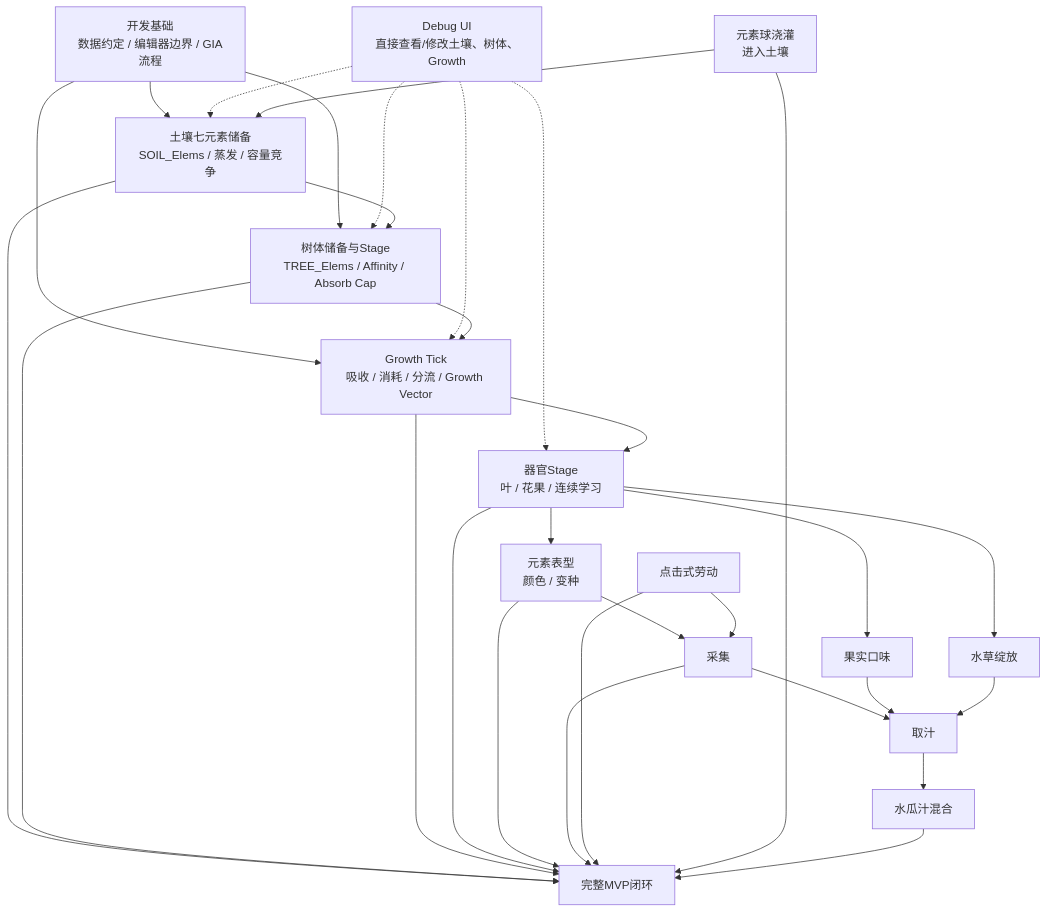
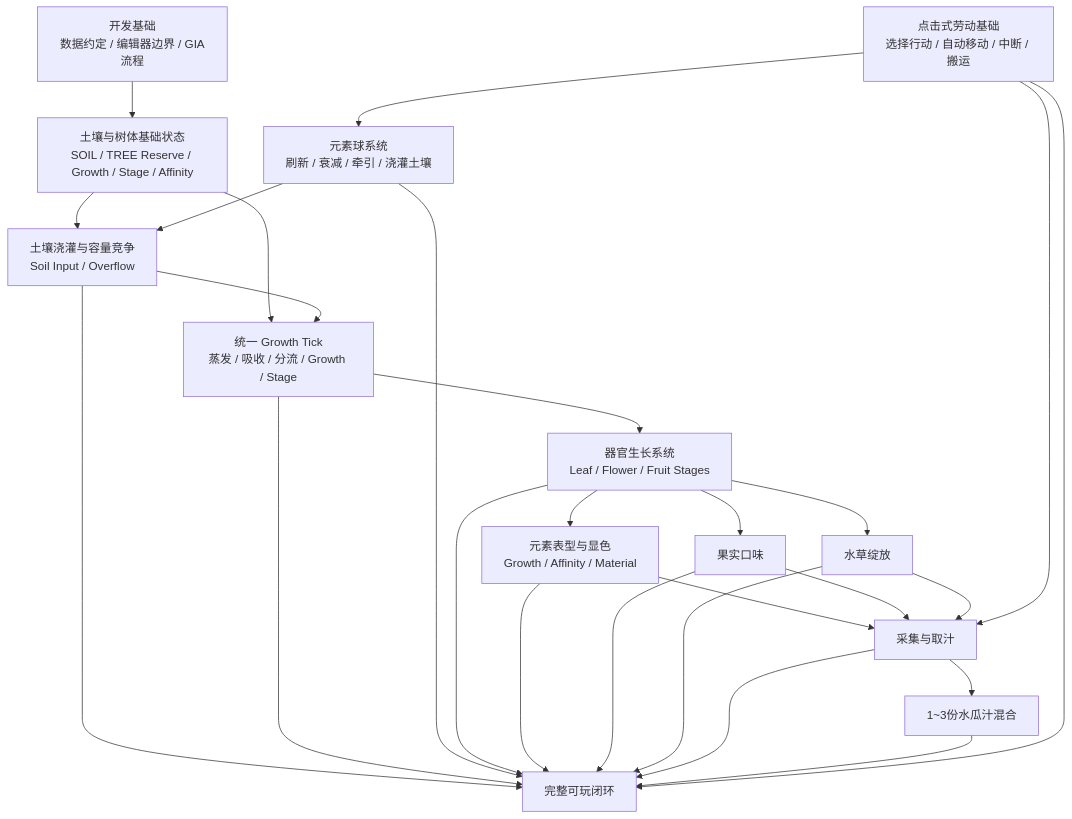
Before and after one commit to Ri0n72Y/idea-slime-bar: the first of 4 diagrams in mvp/watermelon-kitchen/implementation-roadmap.md, drawn with Mermaid. The commit also changed other lines of this file, not shown here.

Commit message:
docs: reframe roadmap around growth tick model

````diff
--- a/mvp/watermelon-kitchen/implementation-roadmap.md
+++ b/mvp/watermelon-kitchen/implementation-roadmap.md
@@ -16,55 +16,51 @@
 ```mermaid
 flowchart TD
     A[开发基础<br/>数据约定 / 编辑器边界 / GIA流程]
-    DBG[Debug UI<br/>直接查看/修改土壤、树体、Growth]
 
-    S[土壤七元素储备<br/>SOIL_Elems / 蒸发 / 容量竞争]
-    T[树体储备与Stage<br/>TREE_Elems / Affinity / Absorb Cap]
-    GT[Growth Tick<br/>吸收 / 消耗 / 分流 / Growth Vector]
-    O[器官Stage<br/>叶 / 花果 / 连续学习]
-    V[元素表型<br/>颜色 / 变种]
-    H[采集]
-    I[点击式劳动]
-    EB[元素球浇灌<br/>进入土壤]
+    B[土壤与树体基础状态<br/>SOIL / TREE Reserve / Growth / Stage / Affinity]
+    C[土壤浇灌与容量竞争<br/>Soil Input / Overflow]
+    D[统一 Growth Tick<br/>蒸发 / 吸收 / 分流 / Growth / Stage]
 
-    F7[果实口味]
-    F8[水草绽放]
-    F9[取汁]
-    F10[水瓜汁混合]
-    M[完整MVP闭环]
+    E[元素球系统<br/>刷新 / 衰减 / 牵引 / 浇灌土壤]
+    F[器官生长系统<br/>Leaf / Flower / Fruit Stages]
+    G[元素表型与显色<br/>Growth / Affinity / Material]
 
-    A --> S
-    A --> T
-    A --> GT
+    H[果实口味]
+    I[水草绽放]
+    J[采集与取汁]
+    K[1~3份水瓜汁混合]
 
-    DBG -.-> S
-    DBG -.-> T
-    DBG -.-> GT
-    DBG -.-> O
+    L[点击式劳动基础<br/>选择行动 / 自动移动 / 中断 / 搬运]
+    M[完整可玩闭环]
 
-    S --> T
-    T --> GT
-    GT --> O
-    O --> V
-    V --> H
-    I --> H
+    A --> B
+    B --> C
+    B --> D
+    C --> D
+    E --> C
 
-    EB --> S
+    D --> F
+    F --> G
+    F --> H
+    F --> I
 
-    O --> F7
-    O --> F8
-    H --> F9
-    F7 --> F9
-    F8 --> F9
-    F9 --> F10
+    G --> J
+    H --> J
+    I --> J
 
-    S --> M
-    T --> M
-    GT --> M
-    O --> M
-    V --> M
+    J --> K
+
+    L --> E
+    L --> J
+
+    C --> M
+    D --> M
+    E --> M
+    F --> M
+    G --> M
     H --> M
     I --> M
-    EB --> M
-    F10 --> M
+    J --> M
+    K --> M
+    L --> M
 ```
````
